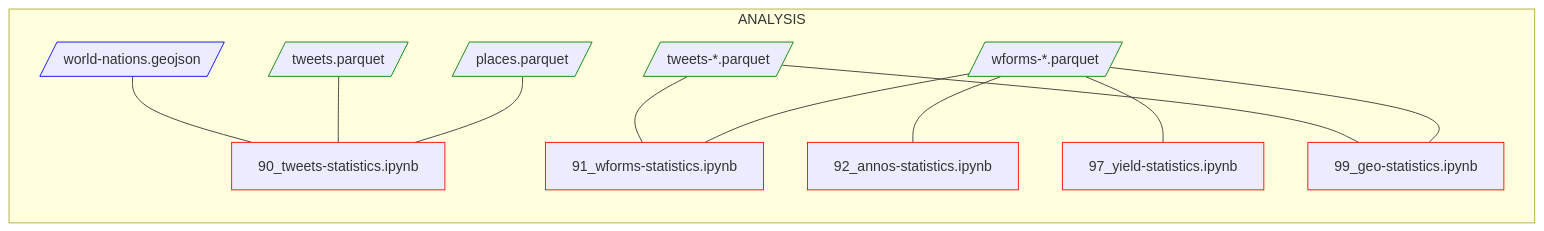
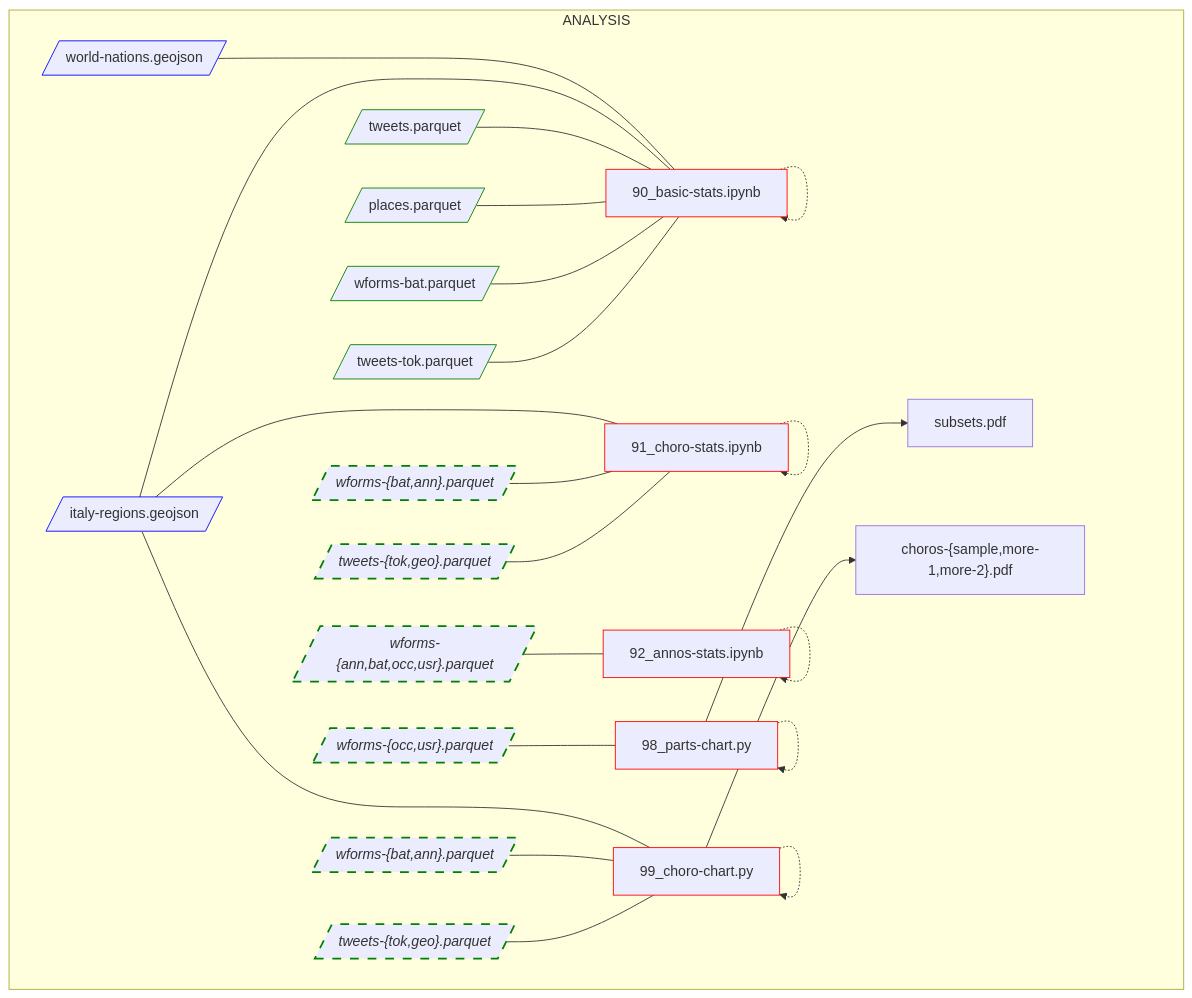
One commit to breviloquia-italica/pipeline changed the second of 2 diagrams in README.md. Above: the diagram before and after it, drawn with Mermaid.

````diff
--- a/README.md
+++ b/README.md
@@ -110,33 +110,52 @@
 ```mermaid
-flowchart LR;
+flowchart TB;
 
 subgraph P5 [ANALYSIS]
-90[90_tweets-statistics.ipynb]:::code;
-91[91_wforms-statistics.ipynb]:::code;
-92[92_annos-statistics.ipynb]:::code;
-97[97_yield-statistics.ipynb]:::code;
-99[99_geo-statistics.ipynb]:::code;
+90[90_basic-stats.ipynb]:::code;
+91[91_choro-stats.ipynb]:::code;
+92[92_annos-stats.ipynb]:::code;
+98[98_parts-chart.py]:::code;
+99[99_choro-chart.py]:::code;
 
-places.parquet.ref[/places.parquet/]:::data;
-tweets.parquet.ref[/tweets.parquet/]:::data;
-tweets-*.parquet[/tweets-*.parquet/]:::data;
-wforms-*.parquet[/wforms-*.parquet/]:::data;
+places.parquet[/places.parquet/]:::data;
+tweets.parquet[/tweets.parquet/]:::data;
+tweets-tok.parquet[/tweets-tok.parquet/]:::data;
+wforms-bat.parquet[/wforms-bat.parquet/]:::data;
+world-nations.geojson[/world-nations.geojson/]:::extdata;
+italy-regions.geojson[/italy-regions.geojson/]:::extdata;
 
-_01[/world-nations.geojson/]:::extdata --- 90;
-tweets.parquet.ref --- 90;
-places.parquet.ref --- 90;
+world-nations.geojson ---- 90;
+italy-regions.geojson ---- 90;
+tweets.parquet --- 90;
+places.parquet --- 90;
+wforms-bat.parquet --- 90;
+tweets-tok.parquet --- 90;
+90 -.-> 90;
 
-tweets-*.parquet --- 91;
-wforms-*.parquet --- 91;
+italy-regions.geojson ---- 91;
+D9[/"wforms-{bat,ann}.parquet"/]:::dataref --- 91;
+D8[/"tweets-{tok,geo}.parquet"/]:::dataref --- 91;
+91 -.-> 91;
 
-wforms-*.parquet --- 92;
-wforms-*.parquet --- 97;
+D1[/"wforms-{ann,bat,occ,usr}.parquet"/]:::dataref --- 92;
+%% for spacing only:
+italy-regions.geojson ~~~ D1;
+92 -.-> 92;
 
-tweets-*.parquet --- 99;
-wforms-*.parquet --- 99;
+D2[/"wforms-{occ,usr}.parquet"/]:::dataref --- 98;
+98 --> subsets.pdf;
+98 -.-> 98;
+
+italy-regions.geojson ---- 99;
+D3[/"wforms-{bat,ann}.parquet"/]:::dataref --- 99;
+D4[/"tweets-{tok,geo}.parquet"/]:::dataref --- 99;
+99 --> choros-*.pdf["choros-{sample,more-1,more-2}.pdf"];
+99 -.-> 99;
+
 end
 
 classDef code stroke:red;
 classDef data stroke:green;
 classDef extdata stroke:blue;
+classDef dataref stroke:green,stroke-width:2px,stroke-dasharray: 10 10,font-style:italic;
 ```
````
